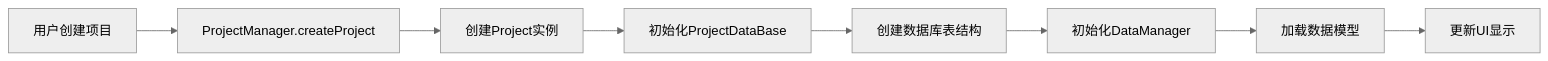
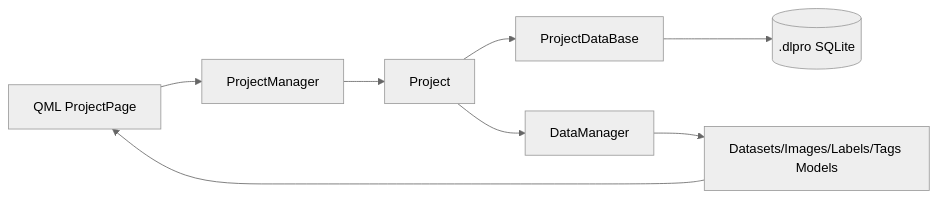
The first of 2 diagrams in docs/CODE_STRUCTURE.md (QWERDF007/DeepLearningTool), drawn with Mermaid (neutral theme) before and after one commit. The commit also changed other lines of this file and 6 other files, not shown here.

````diff
--- a/docs/CODE_STRUCTURE.md
+++ b/docs/CODE_STRUCTURE.md
@@ -416,10 +289,10 @@
 ```mermaid
 flowchart LR
-    A[用户创建项目] --> B[ProjectManager.createProject]
-    B --> C[创建Project实例]
-    C --> D[初始化ProjectDataBase]
-    D --> E[创建数据库表结构]
-    E --> F[初始化DataManager]
-    F --> G[加载数据模型]
-    G --> H[更新UI显示]
+  A[QML ProjectPage] --> B[ProjectManager]
+  B --> C[Project]
+  C --> D[ProjectDataBase]
+  D --> E[(.dlpro SQLite)]
+  C --> F[DataManager]
+  F --> G[Datasets/Images/Labels/Tags Models]
+  G --> A
 ```
````
